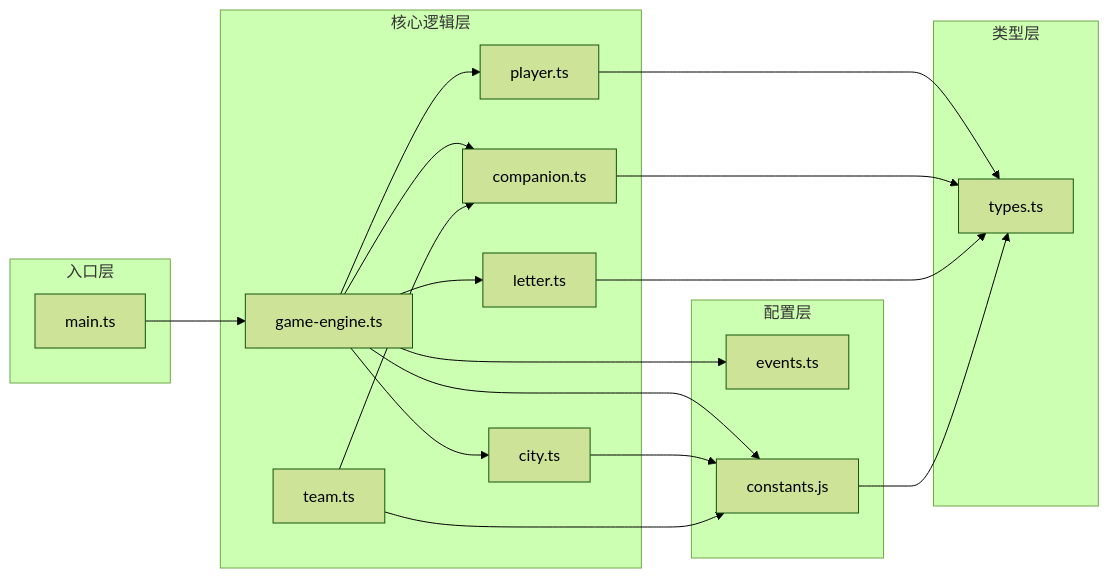
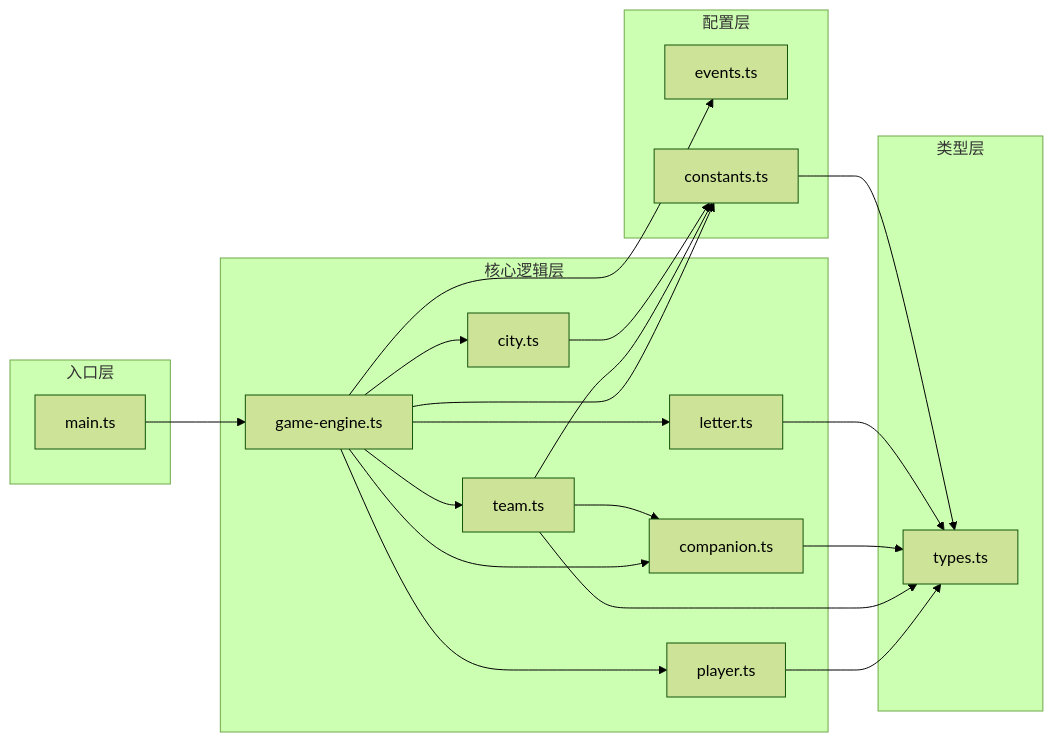
One commit to JohnZhu1995/paul-missionary-journey changed the diagram in mermaid/1-dependency-graph.md. Above: the diagram before and after it, drawn with Mermaid (forest theme). The commit also changed 2 other files, not shown here.

Commit message:
添加team.ts流程图

````diff
--- a/mermaid/1-dependency-graph.md
+++ b/mermaid/1-dependency-graph.md
@@ -3,41 +3,43 @@
 ```mermaid
 graph LR
     subgraph 入口层
         MAIN[main.ts]
     end
     
     subgraph 核心逻辑层
         ENGINE[game-engine.ts]
         PLAYER[player.ts]
+        TEAM[team.ts]
         COMPANION[companion.ts]
         CITY[city.ts]
         LETTER[letter.ts]
-        TEAM[team.ts]
     end
     
     subgraph 配置层
         EVENTS[events.ts]
-        CONSTANTS[constants.js]
+        CONSTANTS[constants.ts]
     end
     
     subgraph 类型层
         TYPES[types.ts]
     end
     
     MAIN --> ENGINE
     ENGINE --> PLAYER
+    ENGINE --> TEAM
     ENGINE --> COMPANION
     ENGINE --> CITY
     ENGINE --> LETTER
     ENGINE --> EVENTS
     ENGINE --> CONSTANTS
     
     PLAYER --> TYPES
+    TEAM --> COMPANION
+    TEAM --> CONSTANTS
+    TEAM --> TYPES
     COMPANION --> TYPES
     CITY --> CONSTANTS
     LETTER --> TYPES
-    TEAM --> COMPANION
-    TEAM --> CONSTANTS
     
     CONSTANTS --> TYPES
 ```
````
